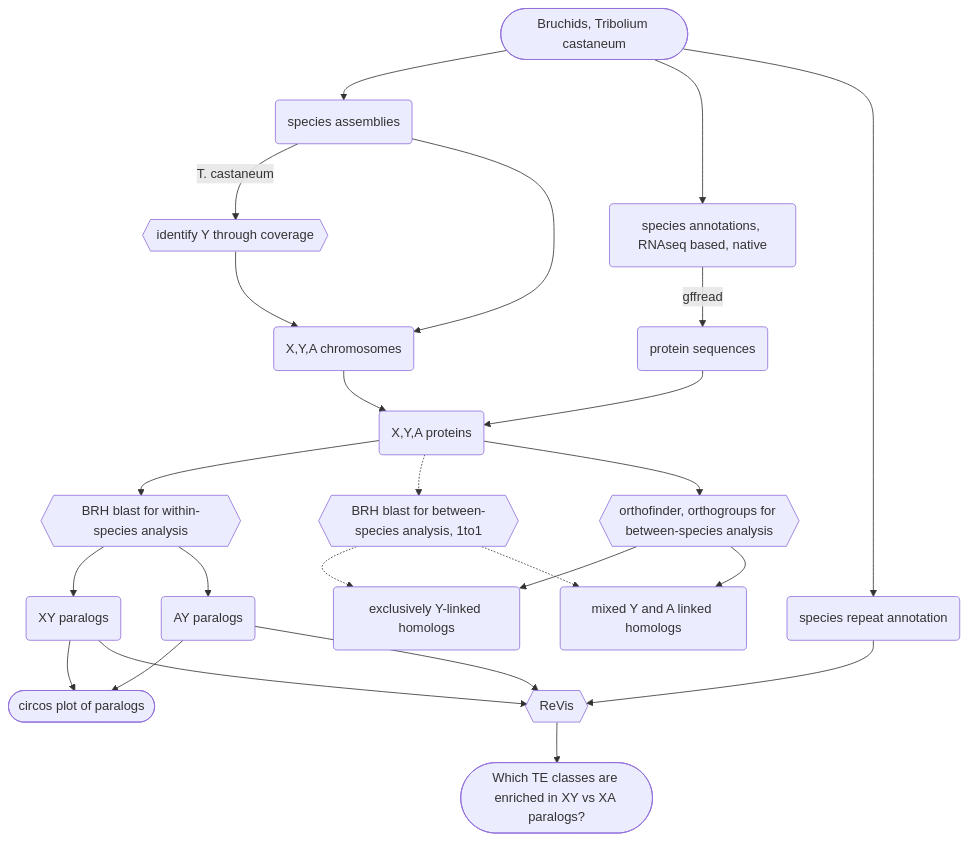
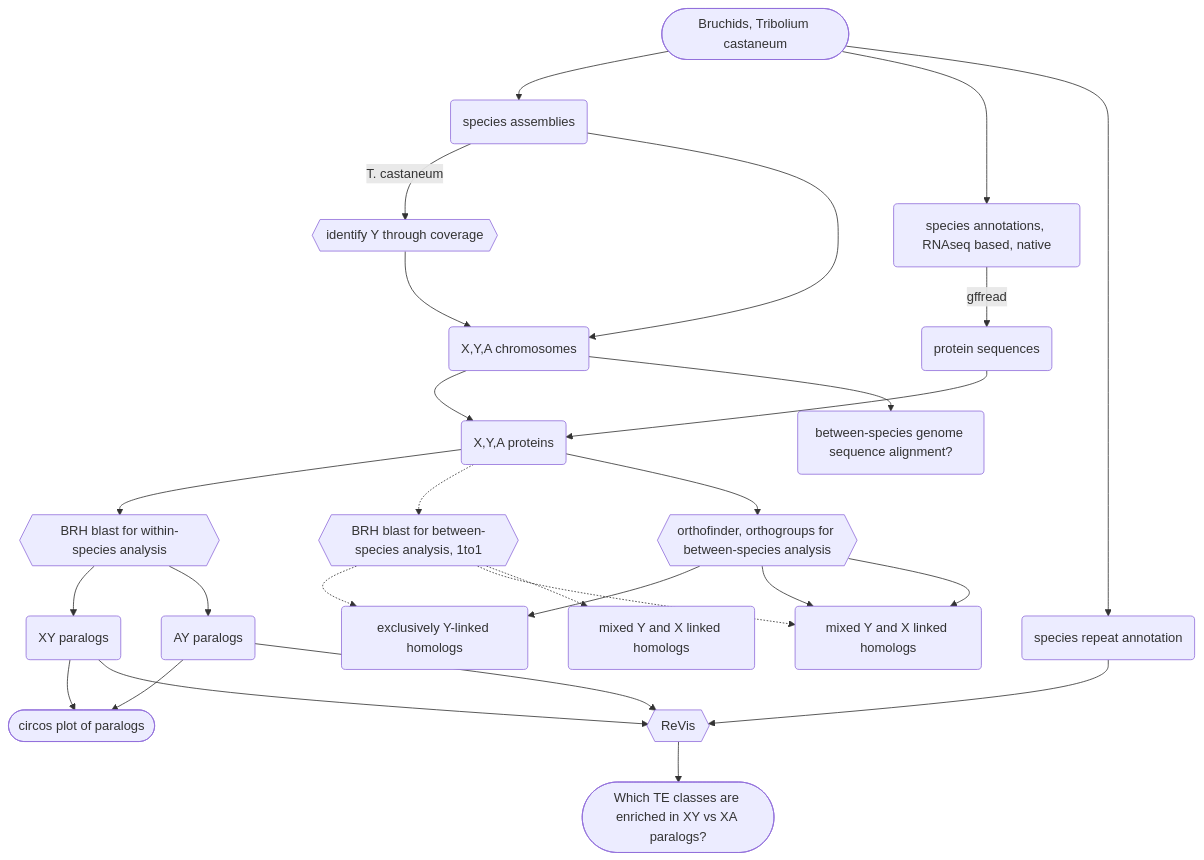
One commit to milena-t/PhD_chapter2 changed the diagram in README.md. Above: the diagram before and after it, drawn with Mermaid.

````diff
--- a/README.md
+++ b/README.md
@@ -9,41 +9,45 @@
 ```mermaid
 graph TD;
 
     species([Bruchids, Tribolium castaneum]);
 
     species --> species_Ass(species assemblies);
     species --> species_Ann(species annotations, RNAseq based, native);
     species --> species_rep(species repeat annotation)
     species_Ass -- T. castaneum --> Tcas_Y_chr{{identify Y through coverage}};
     Tcas_Y_chr --> all_chr(X,Y,A chromosomes);
     species_Ass --> all_chr;
 
     species_Ann -- gffread --> proteins(protein sequences);
     blast{{BRH blast for within-species analysis}};
     blast_between{{BRH blast for between-species analysis, 1to1}};
     orthofinder{{orthofinder, orthogroups for between-species analysis}};
 
     all_chr --> all_prot(X,Y,A proteins);
     proteins --> all_prot;
 
     all_prot --> blast;
     blast --> xy(XY paralogs);
     blast --> ay(AY paralogs);
 
     all_prot .-> blast_between;
     blast_between .-> Y_hom(exclusively Y-linked homologs);
     blast_between .-> YA_hom(mixed Y and A linked homologs);
+    blast_between .-> YX_hom(mixed Y and X linked homologs);
 
     all_prot --> orthofinder;
     orthofinder --> Y_hom(exclusively Y-linked homologs);
     orthofinder --> YA_hom(mixed Y and A linked homologs);
+    orthofinder --> YA_hom(mixed Y and X linked homologs);
+
+    all_chr --> wgs_al(between-species genome sequence alignment?)
 
     xy --> circos([circos plot of paralogs]);
     ay --> circos;
 
     xy --> revis{{ReVis}};
     ay --> revis;
     species_rep --> revis;
 
     revis --> questions([Which TE classes are enriched in XY vs XA paralogs?])
 ```   
````
